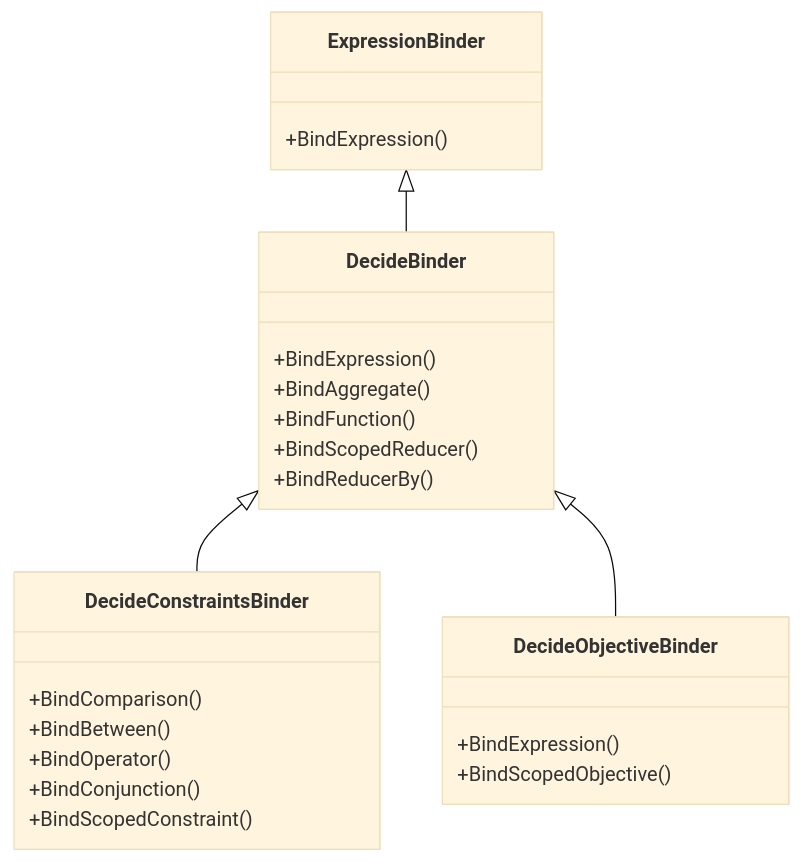
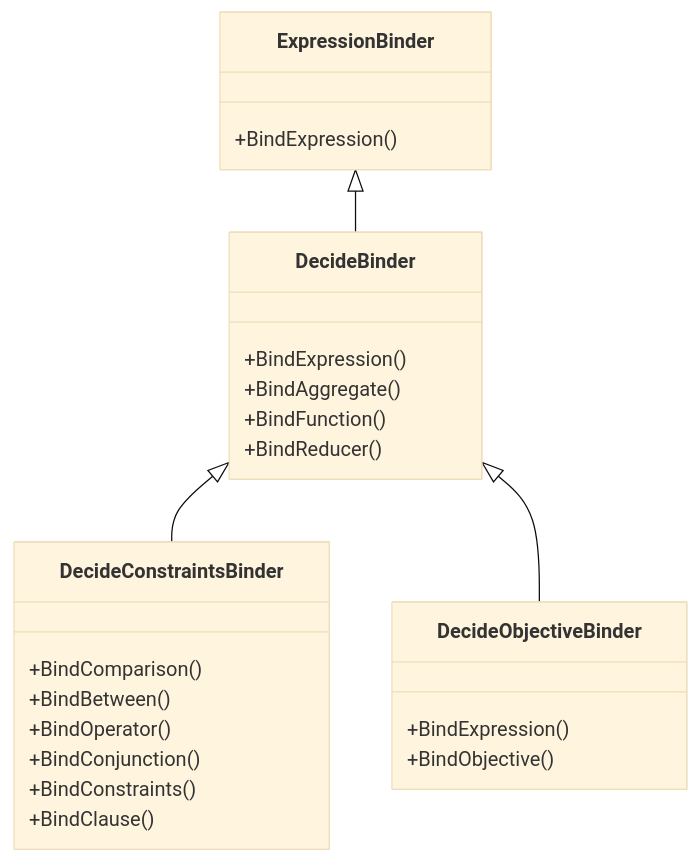
Before and after one commit to huda-lab/decidb: the first of 2 diagrams in context/docs/pipeline/code_structure.md, drawn with Mermaid (base theme). The commit also changed other lines of this file and 18 other files, not shown here.

````diff
--- a/context/docs/pipeline/code_structure.md
+++ b/context/docs/pipeline/code_structure.md
@@ -132,28 +134,28 @@
 ```mermaid
 classDiagram
     class ExpressionBinder {
         +BindExpression()
     }
     class DecideBinder {
         +BindExpression()
         +BindAggregate()
         +BindFunction()
-        +BindScopedReducer()
-        +BindReducerBy()
+        +BindReducer()
     }
     class DecideConstraintsBinder {
         +BindComparison()
         +BindBetween()
         +BindOperator()
         +BindConjunction()
-        +BindScopedConstraint()
+        +BindConstraints()
+        +BindClause()
     }
     class DecideObjectiveBinder {
         +BindExpression()
-        +BindScopedObjective()
+        +BindObjective()
     }
 
     ExpressionBinder <|-- DecideBinder
     DecideBinder <|-- DecideConstraintsBinder
     DecideBinder <|-- DecideObjectiveBinder
 ```
````
